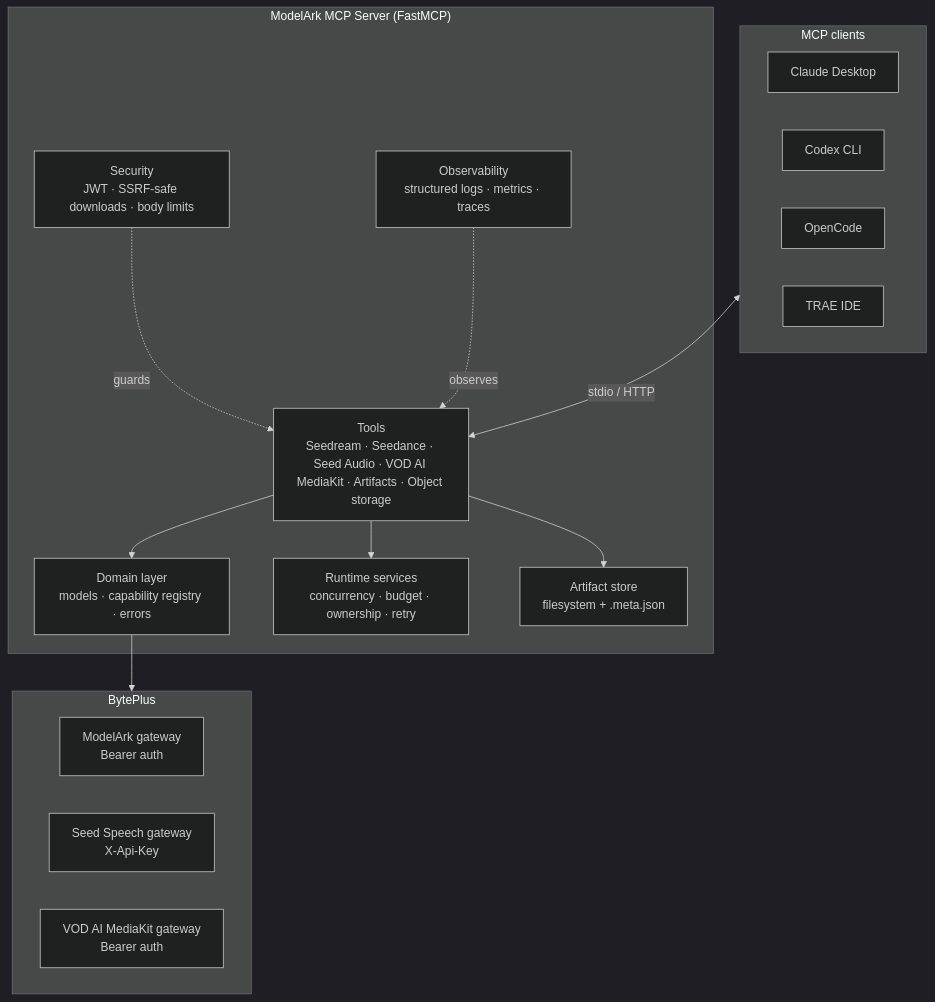
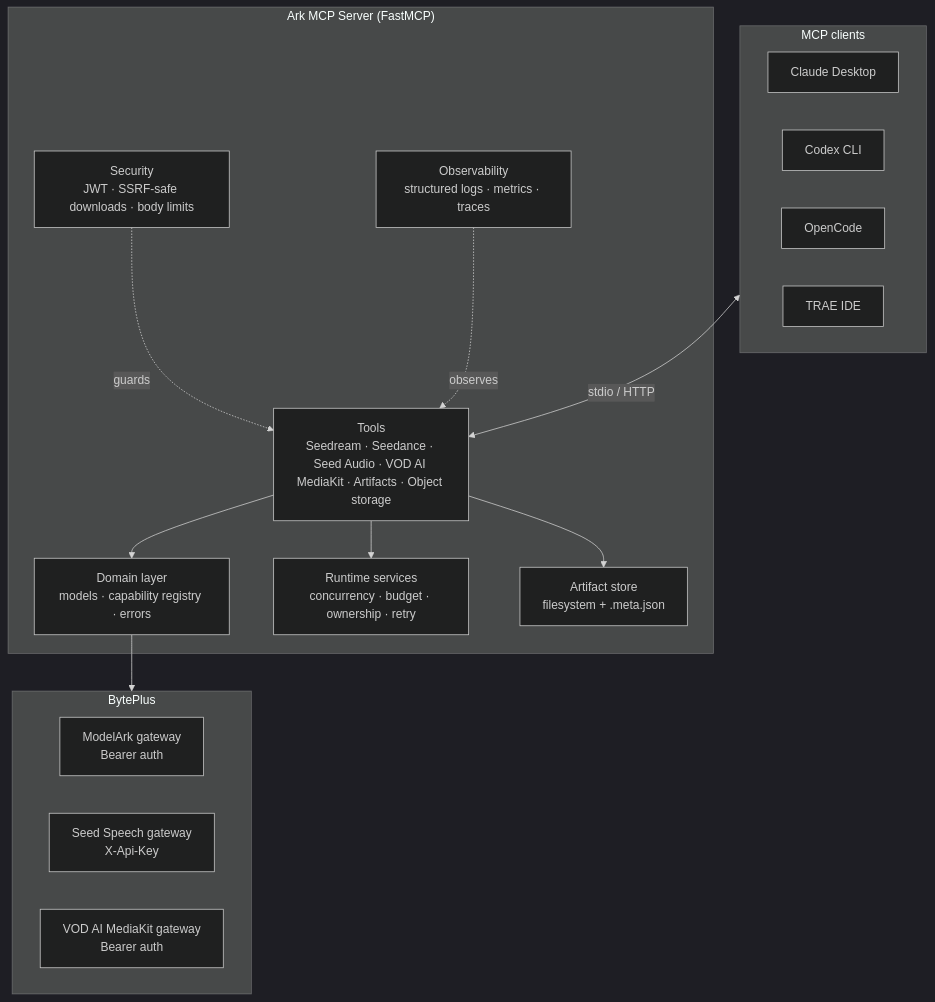
The first of 3 diagrams in README.md (byteplus-sa/modelark-mcp), drawn with Mermaid (dark theme) before and after one commit. The commit also changed other lines of this file and 298 other files, not shown here.

First line of the commit message:
refactor!: rename modelark-mcp server and skill to ark-mcp

````diff
--- a/README.md
+++ b/README.md
@@ -98,29 +98,29 @@
 ```mermaid
 flowchart TB
   subgraph Client["MCP clients"]
     CD[Claude Desktop]
     CX[Codex CLI]
     OC[OpenCode]
     TR[TRAE IDE]
   end
-  subgraph Server["ModelArk MCP Server (FastMCP)"]
+  subgraph Server["Ark MCP Server (FastMCP)"]
     Tools["Tools<br/>Seedream · Seedance · Seed Audio · VOD AI MediaKit · Artifacts · Object storage"]
     Domain["Domain layer<br/>models · capability registry · errors"]
     Runtime["Runtime services<br/>concurrency · budget · ownership · retry"]
     Store["Artifact store<br/>filesystem + .meta.json"]
     Sec["Security<br/>JWT · SSRF-safe downloads · body limits"]
     Obs["Observability<br/>structured logs · metrics · traces"]
   end
   subgraph Providers["BytePlus"]
     MA["ModelArk gateway<br/>Bearer auth"]
     SS["Seed Speech gateway<br/>X-Api-Key"]
     VOD["VOD AI MediaKit gateway<br/>Bearer auth"]
   end
   Client <-->|"stdio / HTTP"| Tools
   Tools --> Domain
   Tools --> Runtime
   Tools --> Store
   Domain --> Providers
   Sec -. guards .-> Tools
   Obs -. observes .-> Tools
 ```
````
